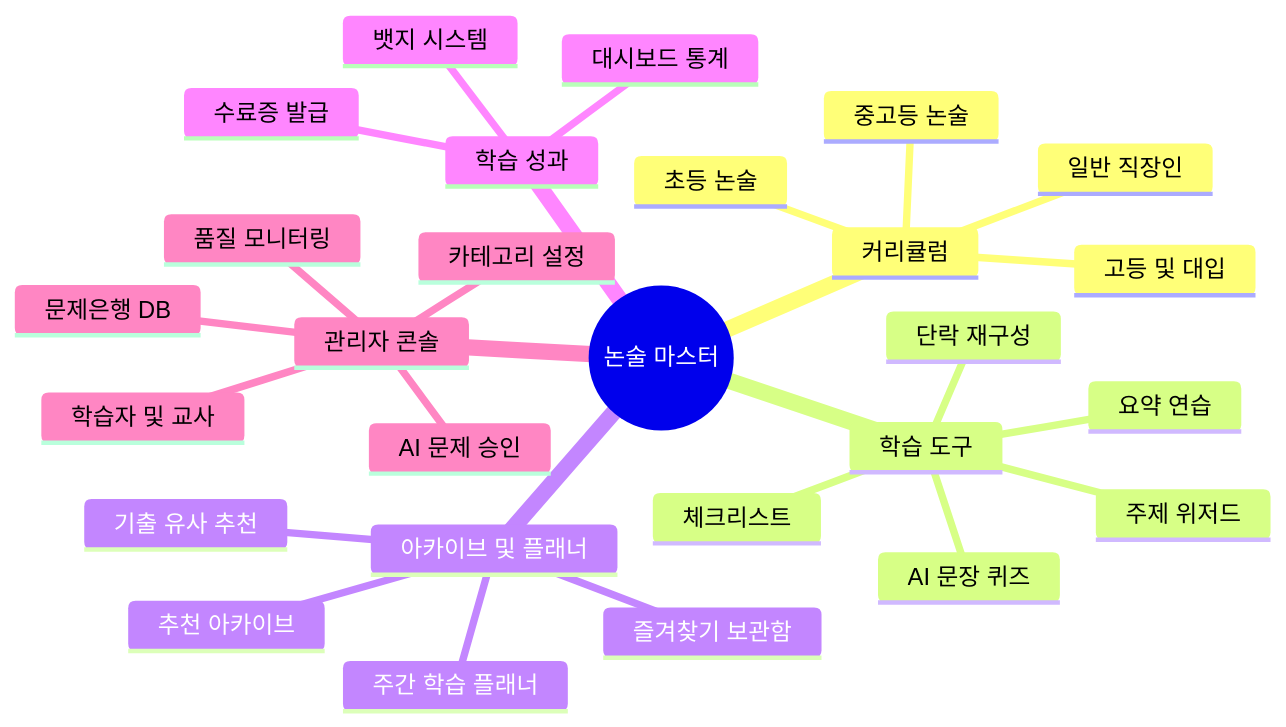
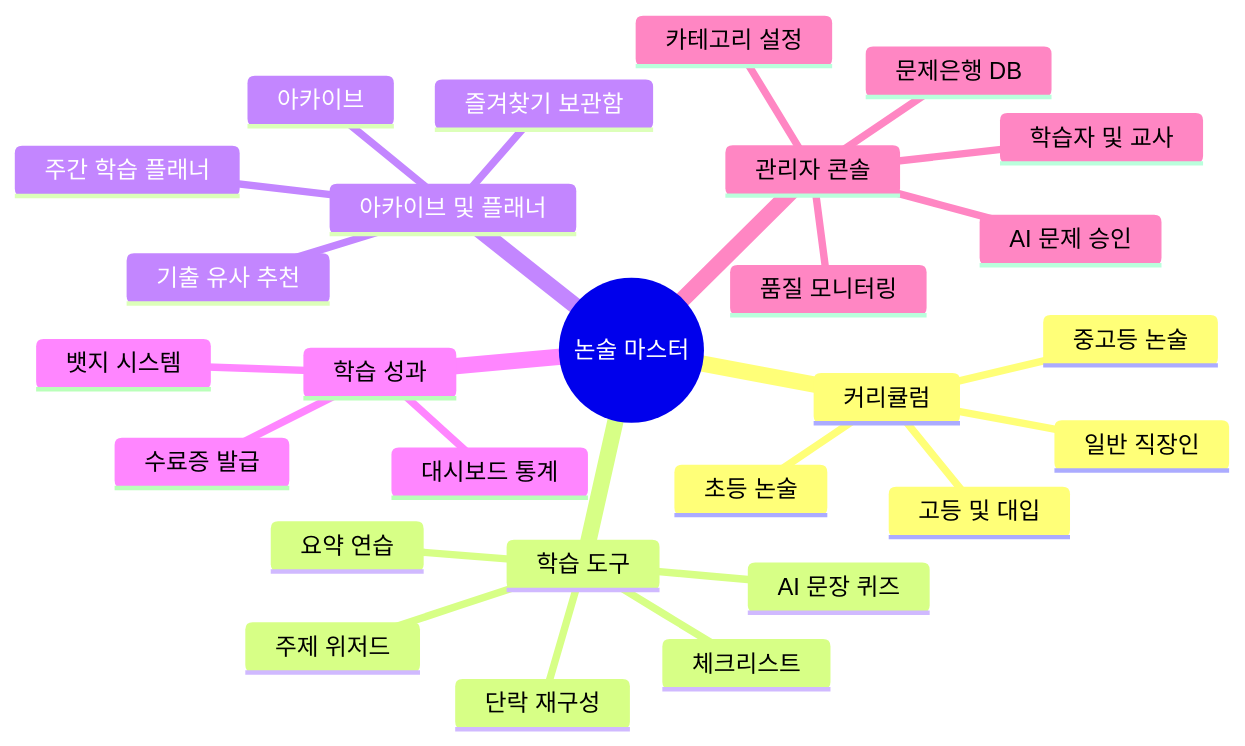
Before and after one commit to richard-kim-ai/essay-master2: the diagram in mindmap.mmd, drawn with Mermaid. The commit also changed 5 other files, not shown here.

```diff
--- a/mindmap.mmd
+++ b/mindmap.mmd
@@ -1,28 +1,28 @@
 mindmap
   root((논술 마스터))
     커리큘럼
       초등 논술
       중고등 논술
       고등 및 대입
       일반 직장인
     학습 도구
       AI 문장 퀴즈
       단락 재구성
       요약 연습
       주제 위저드
       체크리스트
     아카이브 및 플래너
-      추천 아카이브
+      아카이브
       즐겨찾기 보관함
       주간 학습 플래너
       기출 유사 추천
     학습 성과
       대시보드 통계
       뱃지 시스템
       수료증 발급
     관리자 콘솔
       문제은행 DB
       AI 문제 승인
       품질 모니터링
       학습자 및 교사
       카테고리 설정
```
